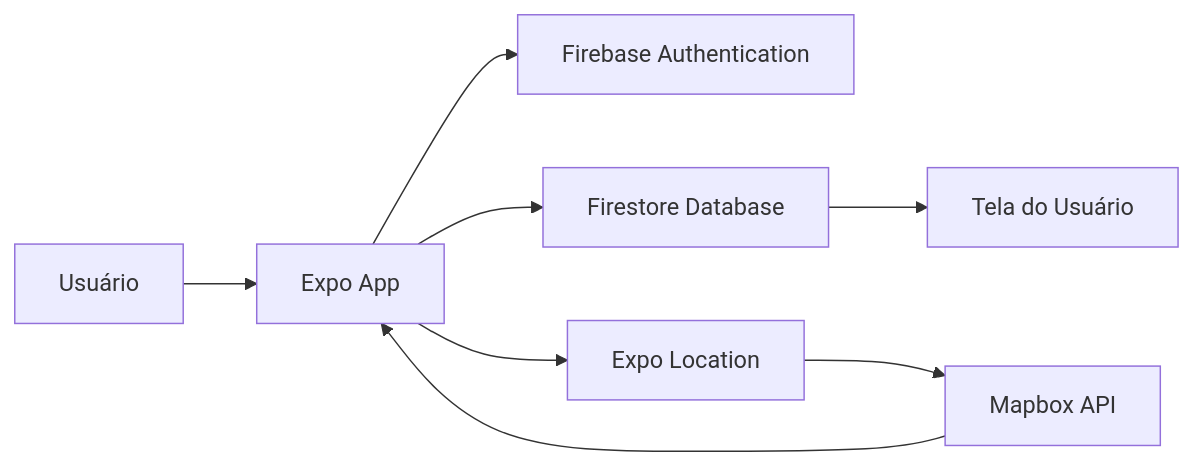
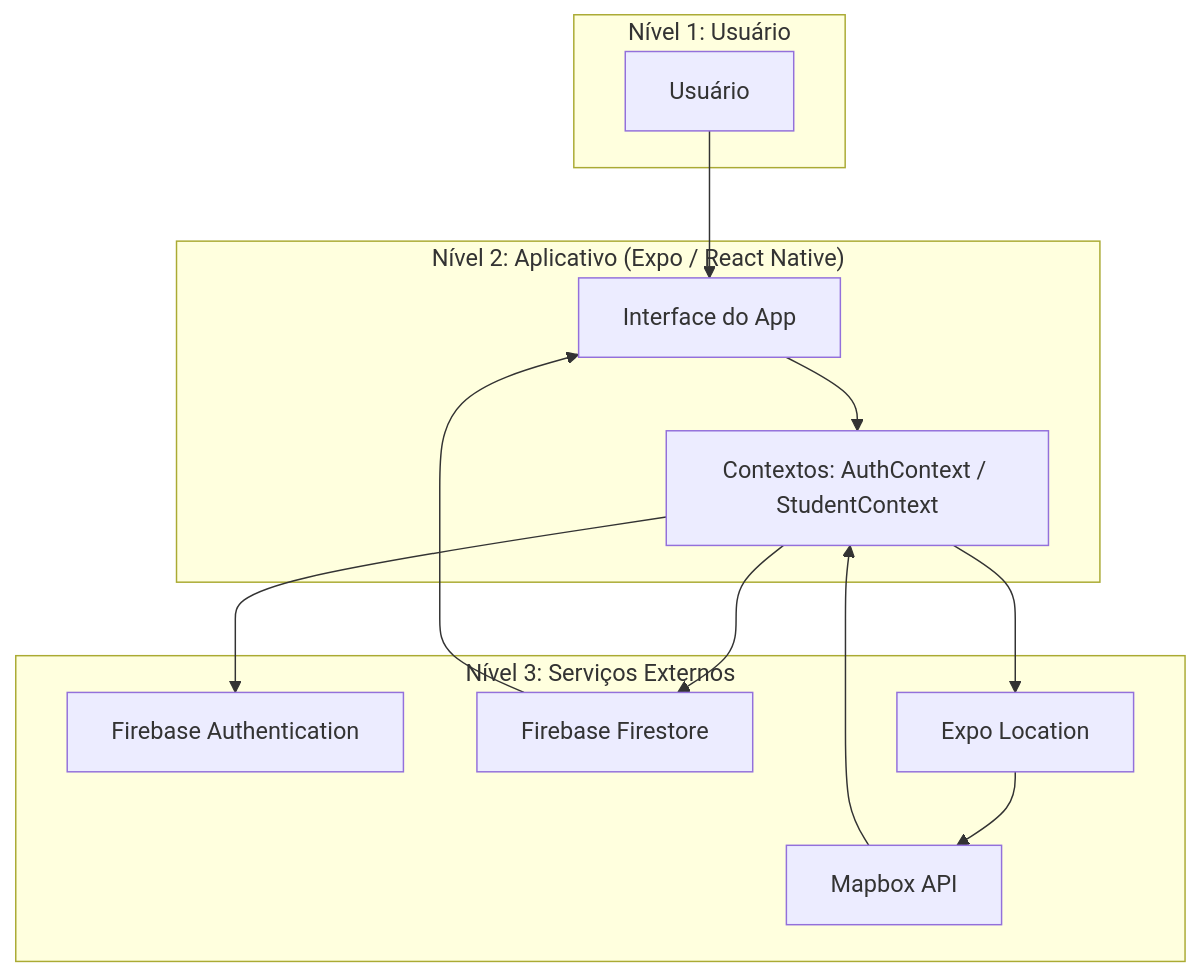
The diagram in README.md (leomotalima/mobile-checkpoint7), drawn with Mermaid before and after one commit.

Commit message:
Atualiza README com diagrama em 3 níveis (Usuário, Aplicativo, Serviços Externos)

````diff
--- a/README.md
+++ b/README.md
@@ -142,10 +142,28 @@
 ```mermaid
-flowchart LR
-    A[Usuário] --> B[Expo App]
-    B --> C[Firebase Authentication]
-    B --> D[Firestore Database]
-    B --> E[Expo Location]
-    E --> F[Mapbox API]
-    F --> B
-    D --> G[Tela do Usuário]
+flowchart TB
+    subgraph Nivel1["Nível 1: Usuário"]
+        A[Usuário]
+    end
+
+    subgraph Nivel2["Nível 2: Aplicativo (Expo / React Native)"]
+        B[Interface do App]
+        C[Contextos: AuthContext / StudentContext]
+    end
+
+    subgraph Nivel3["Nível 3: Serviços Externos"]
+        D[Firebase Authentication]
+        E[Firebase Firestore]
+        F[Expo Location]
+        G[Mapbox API]
+    end
+
+    A --> B
+    B --> C
+    C --> D
+    C --> E
+    C --> F
+    F --> G
+    G --> C
+    E --> B
+
 ```
````
